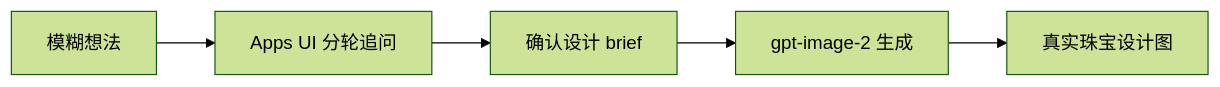
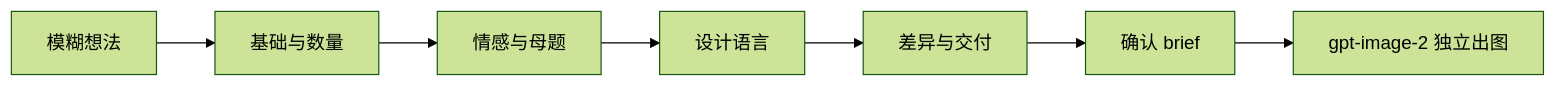
Before and after one commit to yuyou-dev/GrillMeJewel: the diagram in README.md, drawn with Mermaid (forest theme). The commit also changed other lines of this file and 21 other files, not shown here.

````diff
--- a/README.md
+++ b/README.md
@@ -46,7 +61,9 @@
 ```mermaid
 flowchart LR
-  A["模糊想法"] --> B["Apps UI 分轮追问"]
-  B --> C["确认设计 brief"]
-  C --> D["gpt-image-2 生成"]
-  D --> E["真实珠宝设计图"]
+  A["模糊想法"] --> B["基础与数量"]
+  B --> C["情感与母题"]
+  C --> D["设计语言"]
+  D --> E["差异与交付"]
+  E --> F["确认 brief"]
+  F --> G["gpt-image-2 独立出图"]
 ```
````
